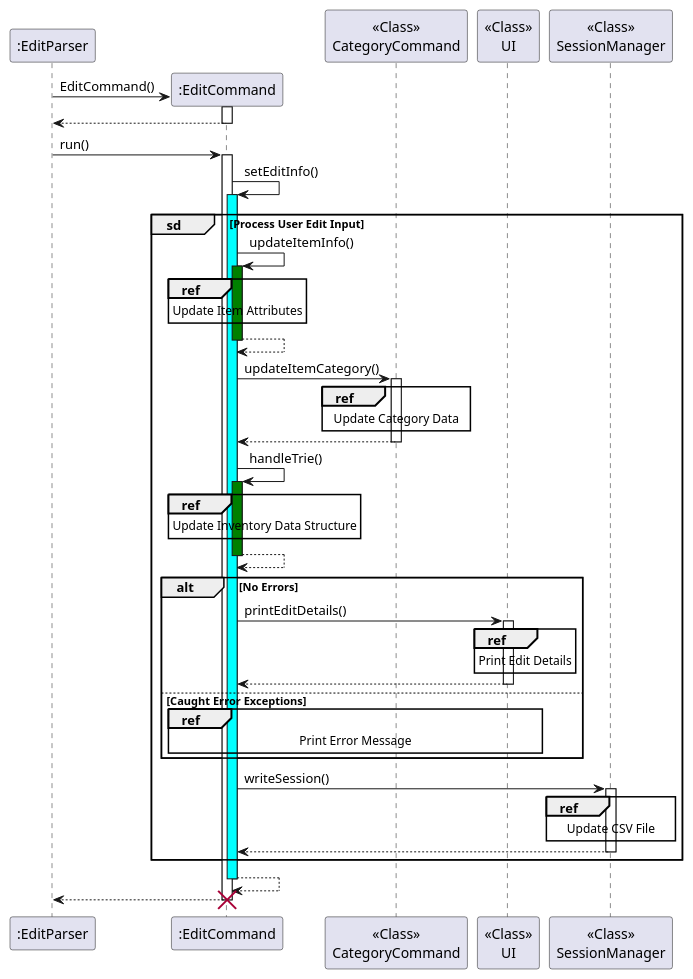
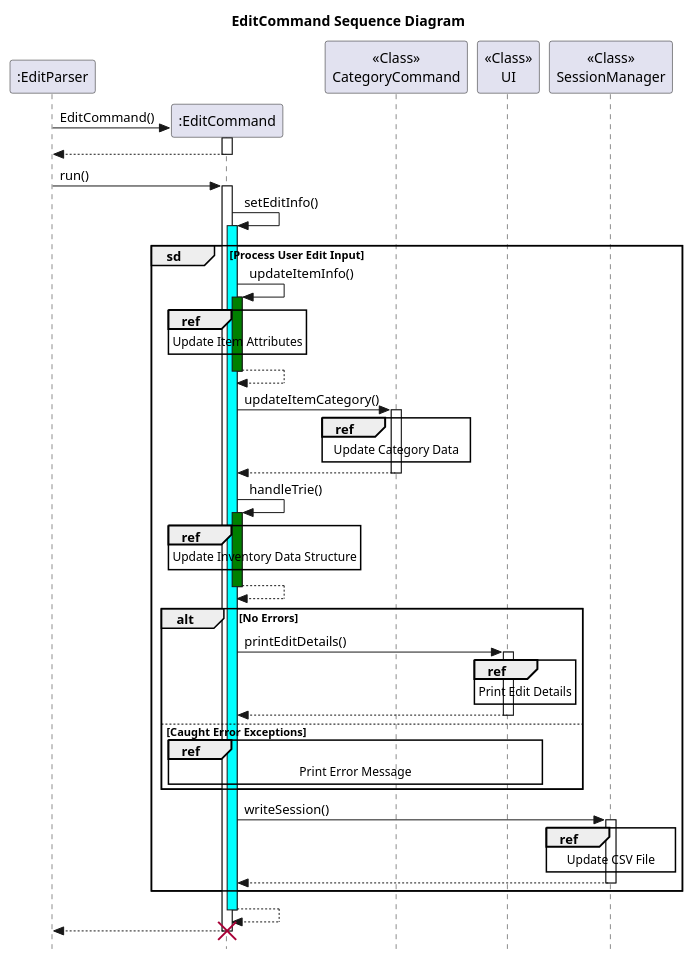
One commit to nus-cs2113-AY2223S2/tp changed the diagram in docs/UML/Edit/EditCommand.puml. Above: the diagram before and after it, drawn with PlantUML. The commit also changed 34 other files, not shown here.

Commit message:
Add line of code and titles to rest of UML to standardise

```diff
--- a/docs/UML/Edit/EditCommand.puml
+++ b/docs/UML/Edit/EditCommand.puml
@@ -1,48 +1,50 @@
 @startuml
 'https://plantuml.com/sequence-diagram
+title EditCommand Sequence Diagram
 
+skinparam style strictuml
 ":EditParser" -> ":EditCommand" **:EditCommand()
 activate ":EditCommand"
 ":EditCommand" --> ":EditParser"
 deactivate ":EditCommand"
 ":EditParser" -> ":EditCommand": run()
 activate ":EditCommand"
 ":EditCommand" -> ":EditCommand": setEditInfo()
 activate ":EditCommand" #Cyan
 group sd [Process User Edit Input]
     ":EditCommand"->":EditCommand": updateItemInfo()
     activate ":EditCommand" #Green
     ref over ":EditCommand": Update Item Attributes
     ":EditCommand"-->":EditCommand"
     deactivate ":EditCommand"
     ":EditCommand" -> "<<Class>>\nCategoryCommand": updateItemCategory()
     activate "<<Class>>\nCategoryCommand"
     ref over "<<Class>>\nCategoryCommand": Update Category Data
     "<<Class>>\nCategoryCommand" --> ":EditCommand"
     deactivate "<<Class>>\nCategoryCommand"
     ":EditCommand"->":EditCommand": handleTrie()
     activate ":EditCommand" #Green
     ref over ":EditCommand": Update Inventory Data Structure
     ":EditCommand"-->":EditCommand"
     deactivate ":EditCommand"
     alt No Errors
         ":EditCommand" -> "<<Class>>\nUI":printEditDetails()
         activate "<<Class>>\nUI"
         ref over "<<Class>>\nUI":Print Edit Details
         "<<Class>>\nUI" --> ":EditCommand"
         deactivate "<<Class>>\nUI"
     else Caught Error Exceptions
         ref over ":EditCommand","<<Class>>\nUI": Print Error Message
     end
     ":EditCommand" -> "<<Class>>\nSessionManager": writeSession()
     activate "<<Class>>\nSessionManager"
     ref over "<<Class>>\nSessionManager": Update CSV File
     "<<Class>>\nSessionManager" --> ":EditCommand"
     deactivate "<<Class>>\nSessionManager"
 
 end
 ":EditCommand" --> ":EditCommand"
 deactivate ":EditCommand"
 ":EditCommand" --> ":EditParser"
 destroy ":EditCommand"
 @enduml
```
